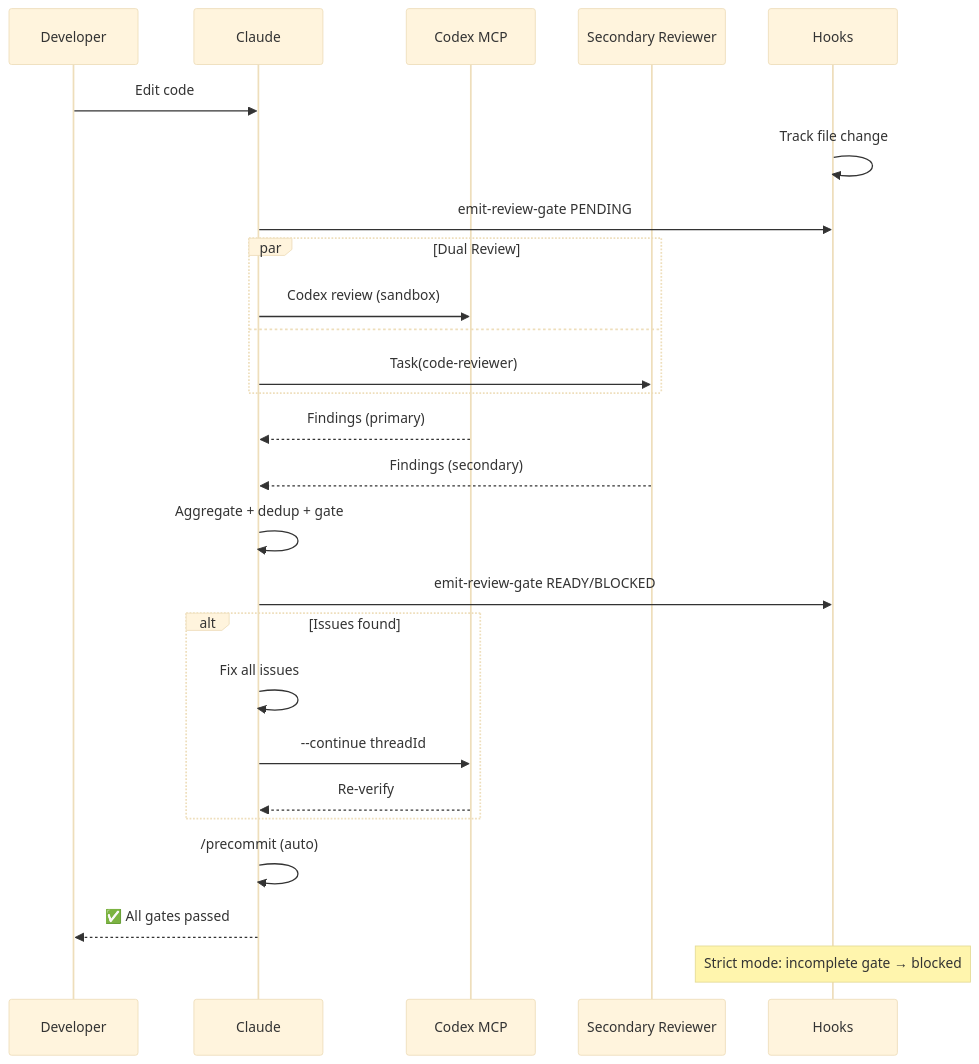
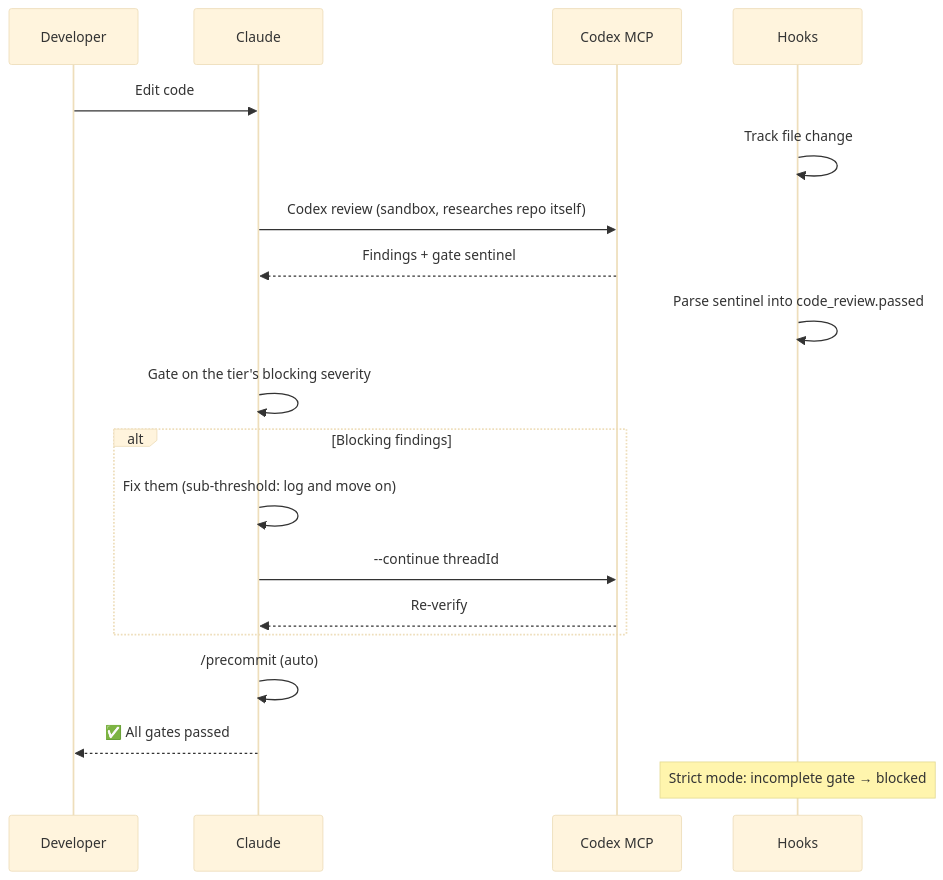
Before and after one commit to sd0xdev/sd0x-dev-flow: the second of 3 diagrams in README.es.md, drawn with Mermaid (base theme). The commit also changed other lines of this file and 44 other files, not shown here.

````diff
--- a/README.es.md
+++ b/README.es.md
@@ -81,32 +81,25 @@
 ```mermaid
 sequenceDiagram
     participant D as Developer
     participant C as Claude
     participant X as Codex MCP
-    participant T as Secondary Reviewer
     participant H as Hooks
 
     D->>C: Edit code
     H->>H: Track file change
-    C->>H: emit-review-gate PENDING
-    par Dual Review
-        C->>X: Codex review (sandbox)
-    and
-        C->>T: Task(code-reviewer)
-    end
-    X-->>C: Findings (primary)
-    T-->>C: Findings (secondary)
-    C->>C: Aggregate + dedup + gate
-    C->>H: emit-review-gate READY/BLOCKED
+    C->>X: Codex review (sandbox, researches repo itself)
+    X-->>C: Findings + gate sentinel
+    H->>H: Parse sentinel into code_review.passed
+    C->>C: Gate on the tier's blocking severity
 
-    alt Issues found
-        C->>C: Fix all issues
+    alt Blocking findings
+        C->>C: Fix them (sub-threshold: log and move on)
         C->>X: --continue threadId
         X-->>C: Re-verify
     end
 
     C->>C: /precommit (auto)
     C-->>D: ✅ All gates passed
 
     Note over H: Strict mode: incomplete gate → blocked
 ```
````
